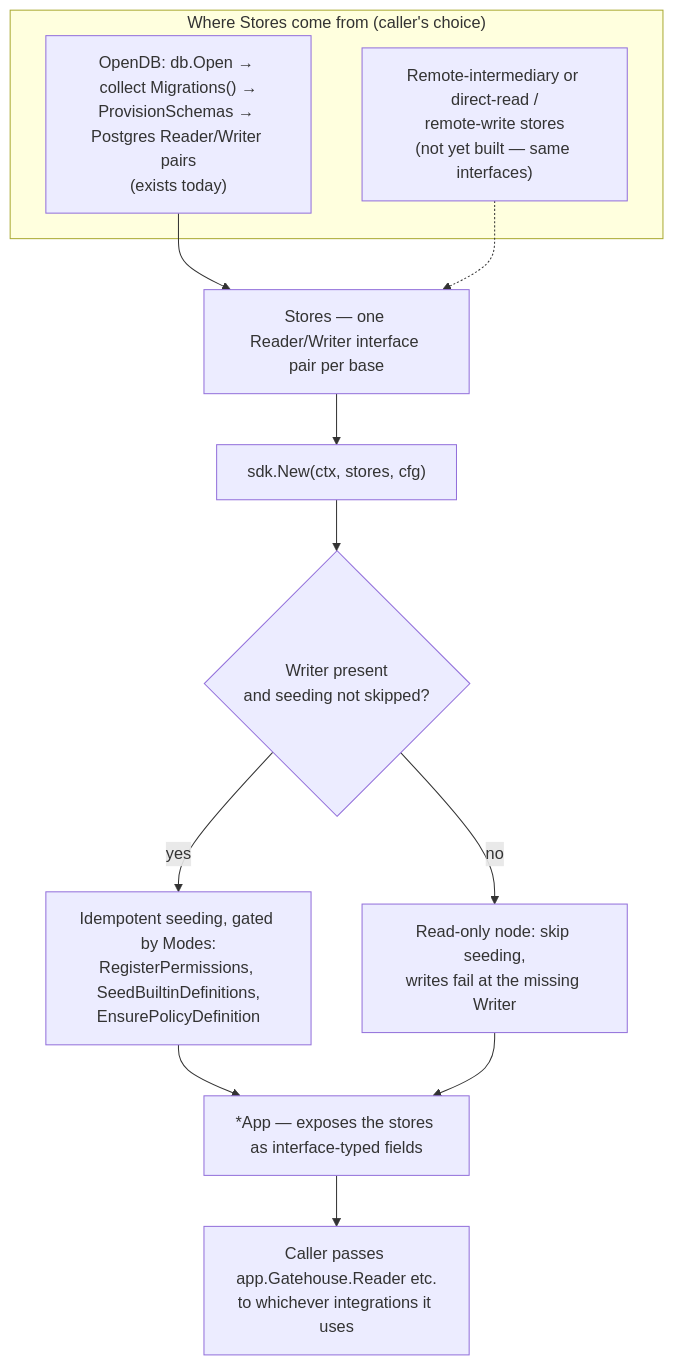
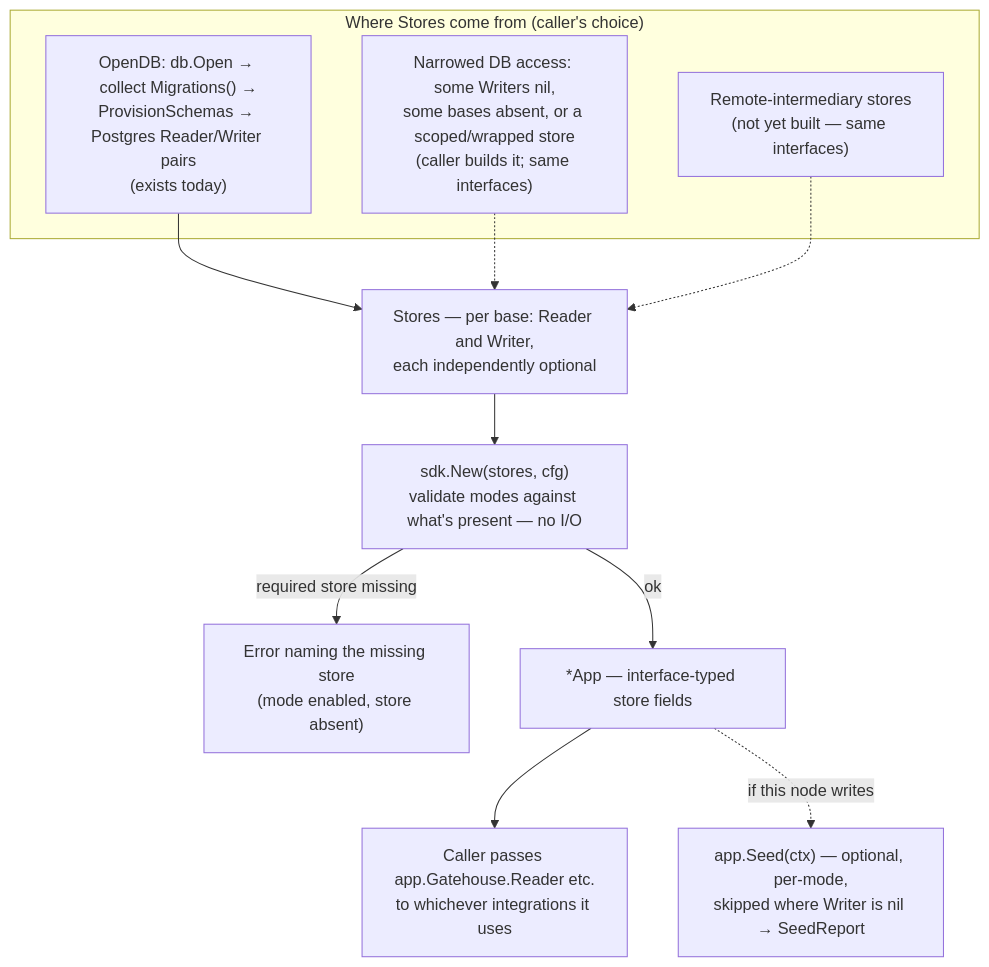
One commit to croge130/archipelago changed the diagram in docs/architecture/17-sdk-model.md. Above: the diagram before and after it, drawn with Mermaid. The commit also changed other lines of this file and 1 other file, not shown here.

First line of the commit message:
17-sdk-model: design for read-only, scoped and conditional store access

````diff
--- a/docs/architecture/17-sdk-model.md
+++ b/docs/architecture/17-sdk-model.md
@@ -99,21 +124,23 @@
 ```mermaid
 flowchart TB
     subgraph PROVIDERS["Where Stores come from (caller's choice)"]
         DBP["OpenDB: db.Open → collect Migrations() →<br/>ProvisionSchemas → Postgres Reader/Writer pairs<br/>(exists today)"]
-        REMOTE["Remote-intermediary or direct-read /<br/>remote-write stores<br/>(not yet built — same interfaces)"]
+        NARROW["Narrowed DB access: some Writers nil,<br/>some bases absent, or a scoped/wrapped store<br/>(caller builds it; same interfaces)"]
+        REMOTE["Remote-intermediary stores<br/>(not yet built — same interfaces)"]
     end
-    STORES["Stores — one Reader/Writer interface pair per base"]
-    NEW["sdk.New(ctx, stores, cfg)"]
-    CHECK{"Writer present<br/>and seeding not skipped?"}
-    SEED["Idempotent seeding, gated by Modes:<br/>RegisterPermissions, SeedBuiltinDefinitions,<br/>EnsurePolicyDefinition"]
-    NOSEED["Read-only node: skip seeding,<br/>writes fail at the missing Writer"]
-    APP["*App — exposes the stores as interface-typed fields"]
+    STORES["Stores — per base: Reader and Writer,<br/>each independently optional"]
+    NEW["sdk.New(stores, cfg)<br/>validate modes against what's present — no I/O"]
+    ERR["Error naming the missing store<br/>(mode enabled, store absent)"]
+    APP["*App — interface-typed store fields"]
+    SEED["app.Seed(ctx) — optional, per-mode,<br/>skipped where Writer is nil → SeedReport"]
     CALLER["Caller passes app.Gatehouse.Reader etc.<br/>to whichever integrations it uses"]
 
     DBP --> STORES
+    NARROW -.-> STORES
     REMOTE -.-> STORES
-    STORES --> NEW --> CHECK
-    CHECK -- "yes" --> SEED --> APP
-    CHECK -- "no" --> NOSEED --> APP
+    STORES --> NEW
+    NEW -- "required store missing" --> ERR
+    NEW -- "ok" --> APP
     APP --> CALLER
+    APP -. "if this node writes" .-> SEED
 ```
````
